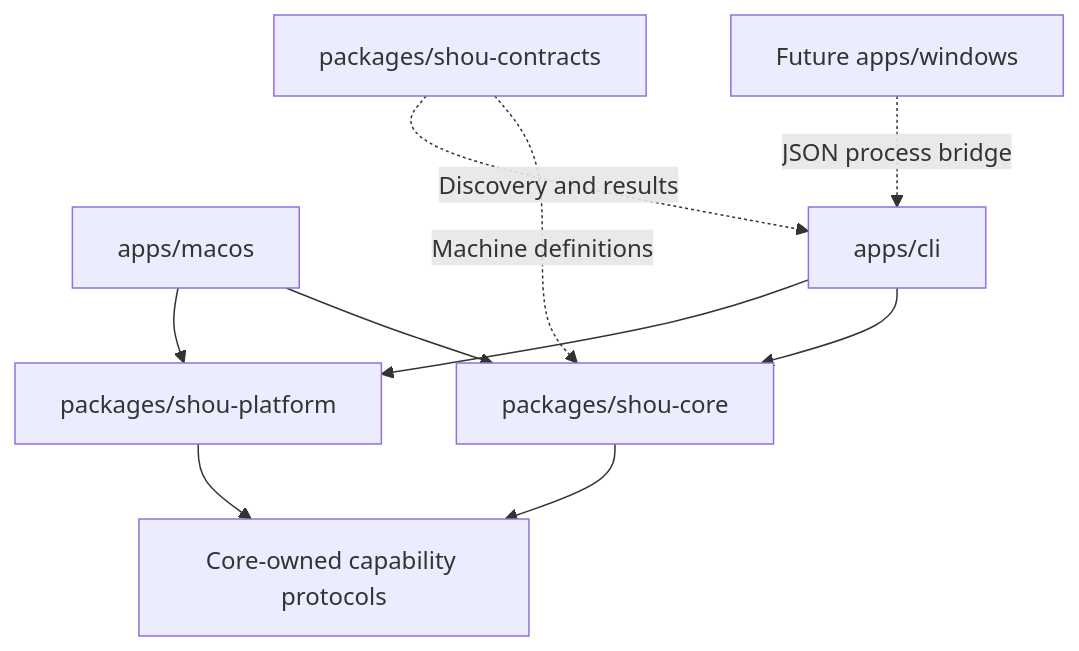
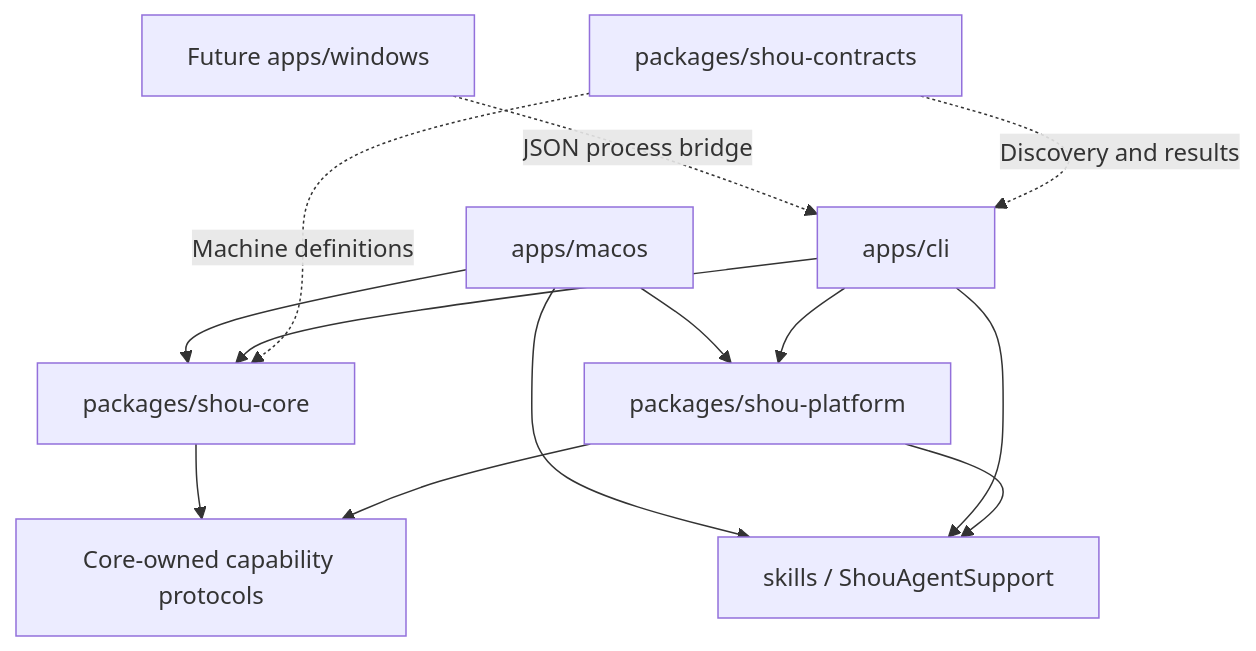
One commit to limecloud/shou changed the diagram in docs/architecture/monorepo-and-platforms.md. Above: the diagram before and after it, drawn with Mermaid. The commit also changed other lines of this file and 99 other files, not shown here.

````diff
--- a/docs/architecture/monorepo-and-platforms.md
+++ b/docs/architecture/monorepo-and-platforms.md
@@ -40,12 +41,15 @@
 ```mermaid
 flowchart TB
     Mac[apps/macos] --> Core[packages/shou-core]
     Mac --> Platform[packages/shou-platform]
     CLI[apps/cli] --> Core
     CLI --> Platform
+    Mac --> AgentSupport[skills / ShouAgentSupport]
+    CLI --> AgentSupport
+    Platform --> AgentSupport
     Windows[Future apps/windows] -.JSON process bridge.-> CLI
     Core --> Protocols[Core-owned capability protocols]
     Platform --> Protocols
     Contracts[packages/shou-contracts] -.Machine definitions.-> Core
     Contracts -.Discovery and results.-> CLI
 ```
````
